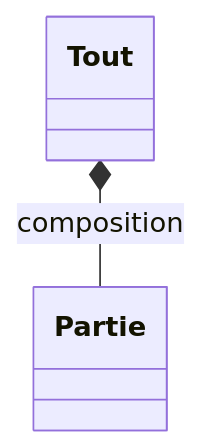
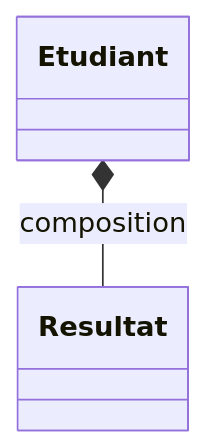
One commit to ophenix-maisonneuve/420-930-ma-site-web changed the third of 8 diagrams in _notes/uml/uml-classes.md. Above: the diagram before and after it, drawn with Mermaid. The commit also changed other lines of this file, not shown here.

Commit message:
Ajout des notes de cours sur UML

````diff
--- a/_notes/uml/uml-classes.md
+++ b/_notes/uml/uml-classes.md
@@ -106,4 +79,4 @@
 ```mermaid
 classDiagram
-    Tout *-- Partie : composition
+    Etudiant *-- Resultat : composition
 ```
````
